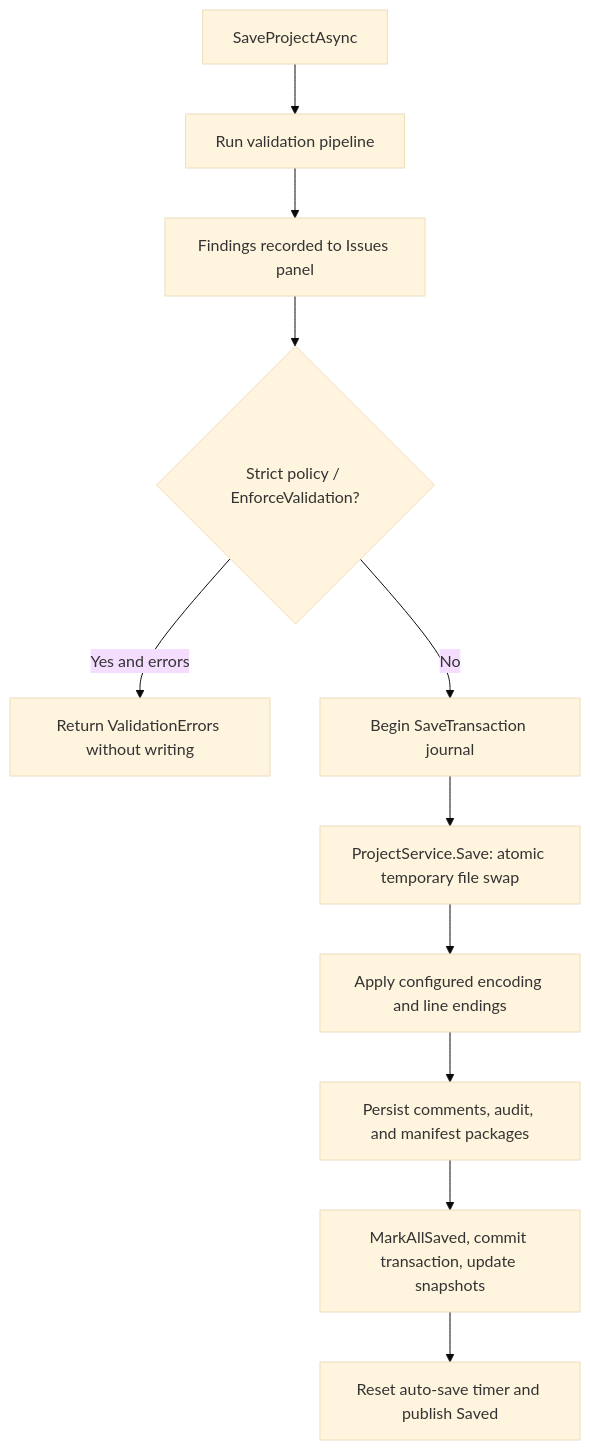
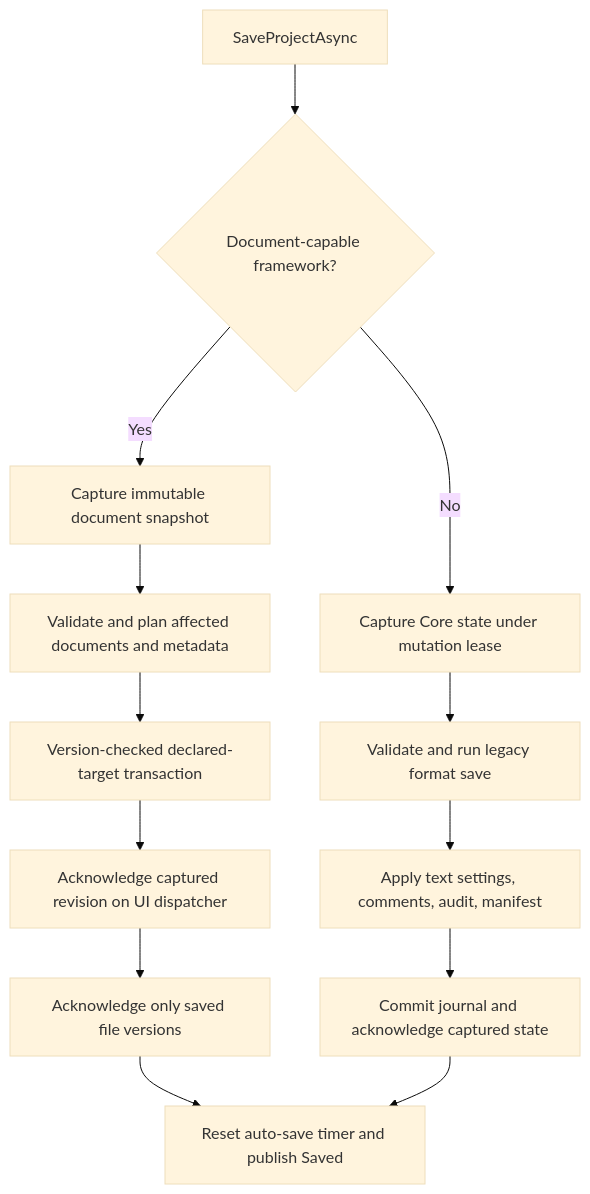
The fifth of 7 diagrams in docs/ARCHITECTURE.md (rasyidf/Toucan), drawn with Mermaid (base theme) before and after one commit. The commit also changed other lines of this file and 132 other files, not shown here.

````diff
--- a/docs/ARCHITECTURE.md
+++ b/docs/ARCHITECTURE.md
@@ -160,13 +167,15 @@
 ```mermaid
 flowchart TD
-    Save["SaveProjectAsync"] --> Validate["Run validation pipeline"]
-    Validate --> Findings["Findings recorded to Issues panel"]
-    Findings --> Strict{"Strict policy / EnforceValidation?"}
-    Strict -->|Yes and errors| Stop["Return ValidationErrors without writing"]
-    Strict -->|No| Journal["Begin SaveTransaction journal"]
-    Journal --> Write["ProjectService.Save: atomic temporary file swap"]
-    Write --> Text["Apply configured encoding and line endings"]
-    Text --> Meta["Persist comments, audit, and manifest packages"]
-    Meta --> Baseline["MarkAllSaved, commit transaction, update snapshots"]
-    Baseline --> Timer["Reset auto-save timer and publish Saved"]
+    Save["SaveProjectAsync"] --> Mode{"Document-capable framework?"}
+    Mode -->|Yes| Capture["Capture immutable document snapshot"]
+    Capture --> Plan["Validate and plan affected documents and metadata"]
+    Plan --> Execute["Version-checked declared-target transaction"]
+    Execute --> Ack["Acknowledge captured revision on UI dispatcher"]
+    Ack --> Watch["Acknowledge only saved file versions"]
+    Mode -->|No| Lease["Capture Core state under mutation lease"]
+    Lease --> Legacy["Validate and run legacy format save"]
+    Legacy --> Meta["Apply text settings, comments, audit, manifest"]
+    Meta --> Baseline["Commit journal and acknowledge captured state"]
+    Watch --> Timer["Reset auto-save timer and publish Saved"]
+    Baseline --> Timer
 ```
````
